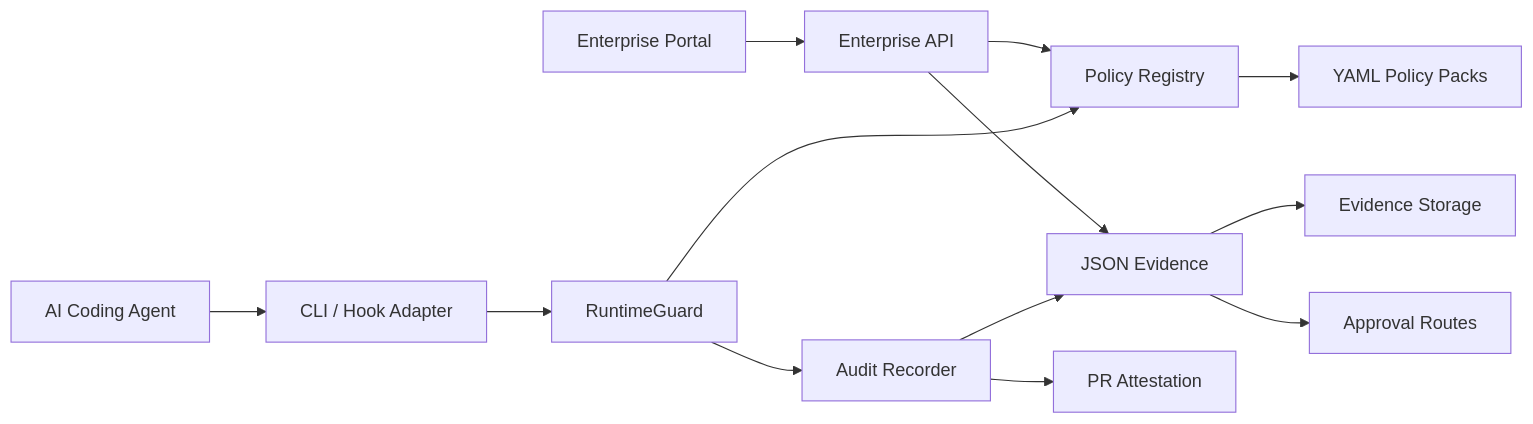
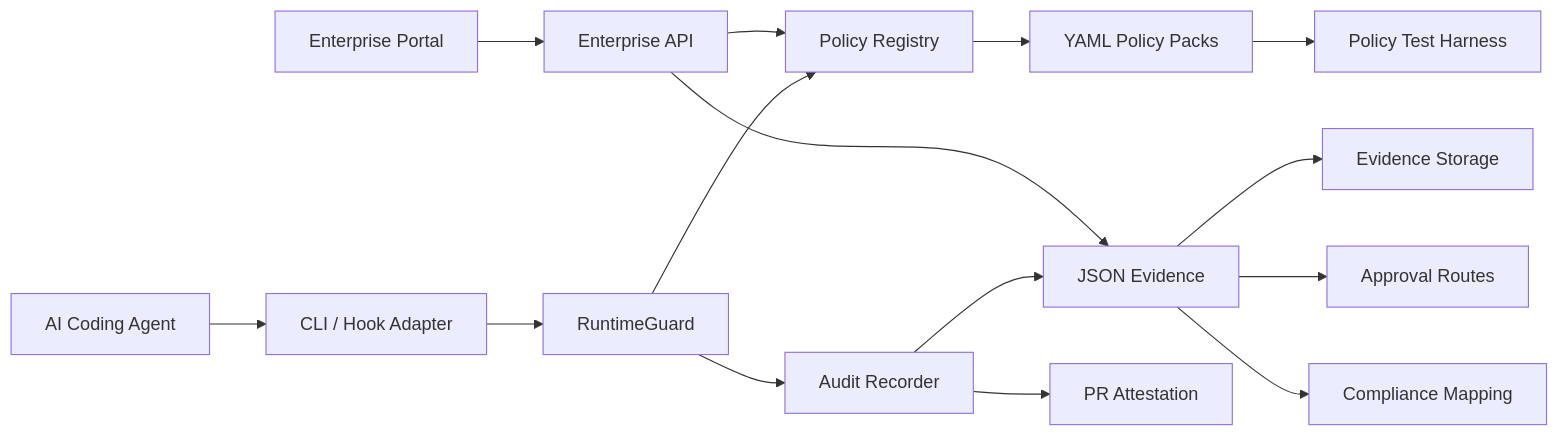
Before and after one commit to Huzefaaa2/terraguard-agentshield: the second of 2 diagrams in docs/wiki/C4-Model.md, drawn with Mermaid. The commit also changed 28 other files, not shown here.

Commit message:
Add policy testing and compliance mappings

````diff
--- a/docs/wiki/C4-Model.md
+++ b/docs/wiki/C4-Model.md
@@ -27,15 +27,17 @@
 ```mermaid
 flowchart LR
     Agent[AI Coding Agent] --> CLI[CLI / Hook Adapter]
     Portal[Enterprise Portal] --> API[Enterprise API]
     CLI --> Guard[RuntimeGuard]
     API --> Registry
     API --> JSON
     Guard --> Registry[Policy Registry]
     Registry --> Packs[YAML Policy Packs]
     Guard --> Audit[Audit Recorder]
     Audit --> PR[PR Attestation]
     Audit --> JSON[JSON Evidence]
     JSON --> Store[Evidence Storage]
     JSON --> Routes[Approval Routes]
+    JSON --> Compliance[Compliance Mapping]
+    Packs --> Tests[Policy Test Harness]
 ```
````
